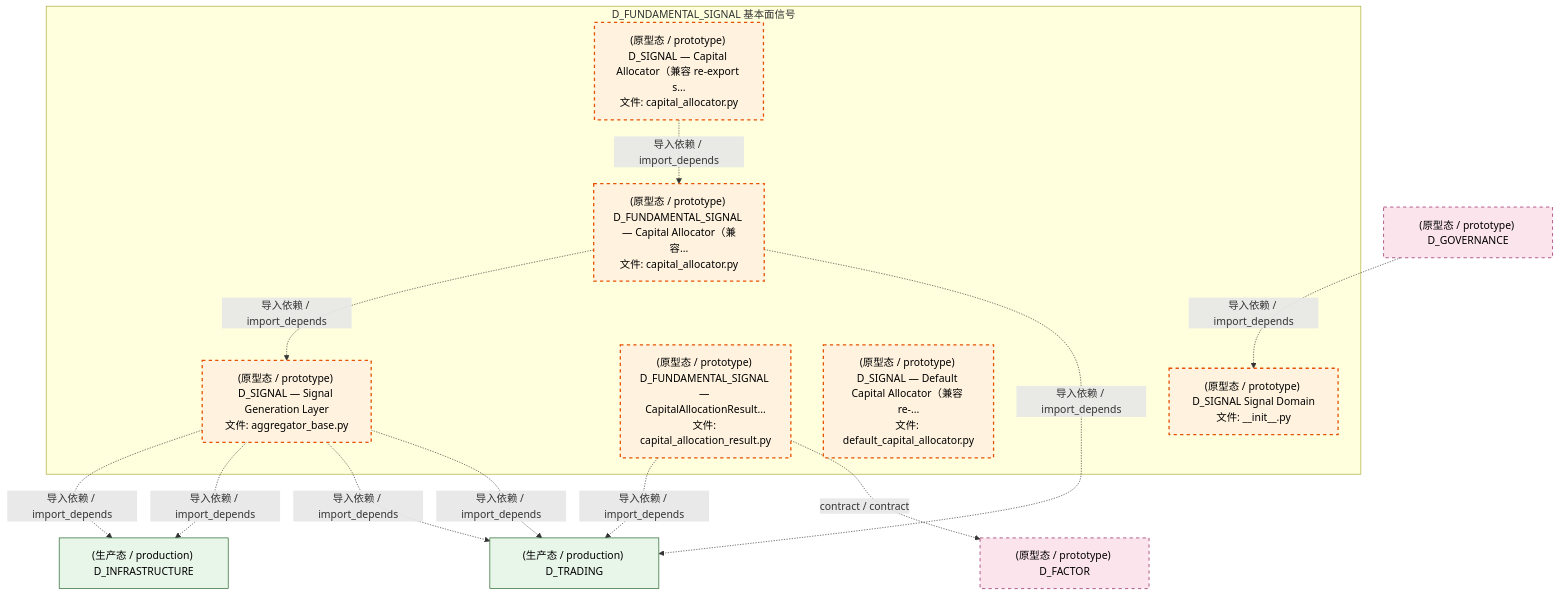
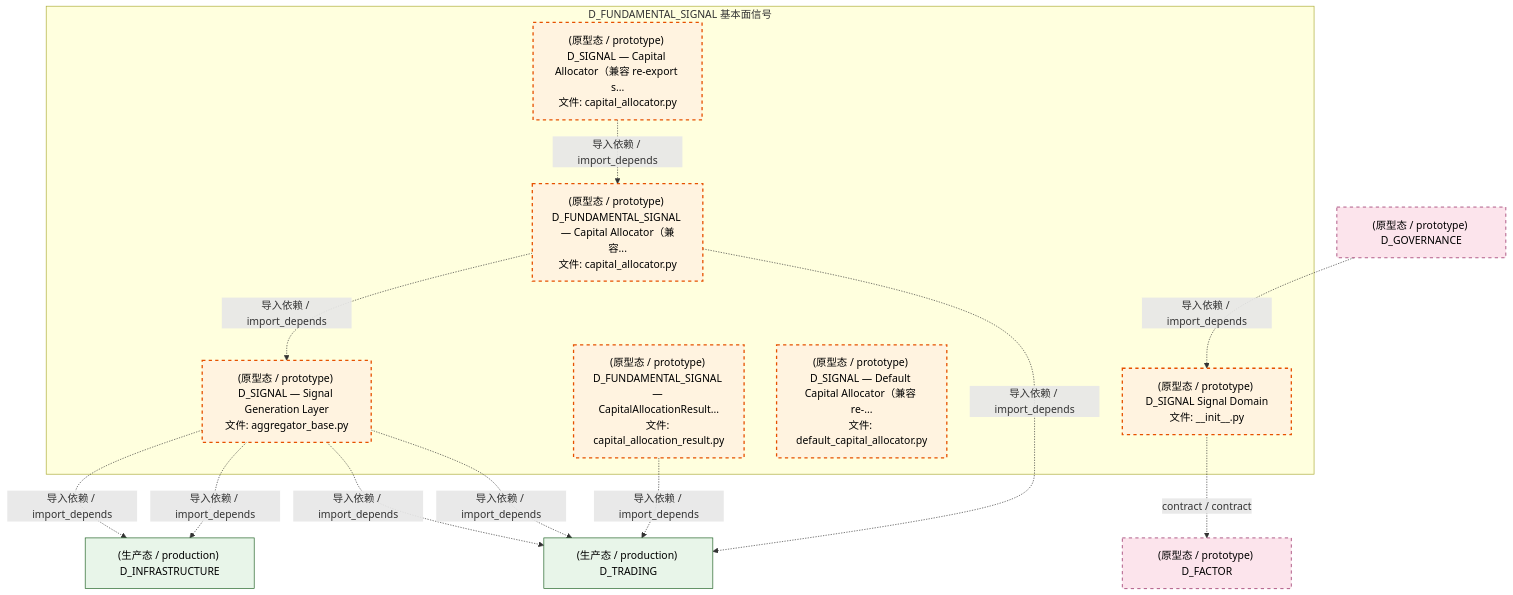
Before and after one commit to xuanFelixVan/ZephyrAlpha: the third of 4 diagrams in docs/02_enterprise_architecture/02_domain_architecture_docs/37_d_fundamental_signal.md, drawn with Mermaid. The commit also changed other lines of this file and 99 other files, not shown here.

````diff
--- a/docs/02_enterprise_architecture/02_domain_architecture_docs/37_d_fundamental_signal.md
+++ b/docs/02_enterprise_architecture/02_domain_architecture_docs/37_d_fundamental_signal.md
@@ -171,32 +171,32 @@
 ```mermaid
 graph TD
     subgraph D_FUNDAMENTAL_SIGNAL["D_FUNDAMENTAL_SIGNAL 基本面信号"]
         src_zephyr_signal_fundamental_init_py["(原型态 / prototype) D_SIGNAL Signal Domain<br/>文件: __init__.py"]
         src_zephyr_signal_fundamental_capital_capital_allocation_result_py["(原型态 / prototype) D_FUNDAMENTAL_SIGNAL — CapitalAllocationResult...<br/>文件: capital_allocation_result.py"]
         src_zephyr_signal_fundamental_capital_capital_allocator_py["(原型态 / prototype) D_SIGNAL — Capital Allocator（兼容 re-export s...<br/>文件: capital_allocator.py"]
         src_zephyr_signal_fundamental_capital_default_capital_allocator_py["(原型态 / prototype) D_SIGNAL — Default Capital Allocator（兼容 re-...<br/>文件: default_capital_allocator.py"]
         src_zephyr_signal_fundamental_gen_aggregator_base_py["(原型态 / prototype) D_SIGNAL — Signal Generation Layer<br/>文件: aggregator_base.py"]
         src_zephyr_signal_fundamental_strategy_capital_allocator_py["(原型态 / prototype) D_FUNDAMENTAL_SIGNAL — Capital Allocator（兼容...<br/>文件: capital_allocator.py"]
     end
     src_zephyr_signal_fundamental_capital_capital_allocator_py -.->|导入依赖 / import_depends| src_zephyr_signal_fundamental_strategy_capital_allocator_py
     src_zephyr_signal_fundamental_strategy_capital_allocator_py -.->|导入依赖 / import_depends| src_zephyr_signal_fundamental_gen_aggregator_base_py
+    D_FACTOR["(原型态 / prototype) D_FACTOR"]
+    src_zephyr_signal_fundamental_init_py -.->|contract / contract| D_FACTOR
     D_TRADING["(生产态 / production) D_TRADING"]
     src_zephyr_signal_fundamental_capital_capital_allocation_result_py -.->|导入依赖 / import_depends| D_TRADING
-    D_FACTOR["(原型态 / prototype) D_FACTOR"]
-    src_zephyr_signal_fundamental_capital_capital_allocation_result_py -.->|contract / contract| D_FACTOR
     D_INFRASTRUCTURE["(生产态 / production) D_INFRASTRUCTURE"]
     src_zephyr_signal_fundamental_gen_aggregator_base_py -.->|导入依赖 / import_depends| D_INFRASTRUCTURE
     src_zephyr_signal_fundamental_gen_aggregator_base_py -.->|导入依赖 / import_depends| D_INFRASTRUCTURE
     src_zephyr_signal_fundamental_gen_aggregator_base_py -.->|导入依赖 / import_depends| D_TRADING
     src_zephyr_signal_fundamental_gen_aggregator_base_py -.->|导入依赖 / import_depends| D_TRADING
     src_zephyr_signal_fundamental_strategy_capital_allocator_py -.->|导入依赖 / import_depends| D_TRADING
     D_GOVERNANCE["(原型态 / prototype) D_GOVERNANCE"]
     D_GOVERNANCE -.->|导入依赖 / import_depends| src_zephyr_signal_fundamental_init_py
     classDef production fill:#e1f5fe,stroke:#01579b,stroke-width:2px,color:#000
     classDef design fill:#fff3e0,stroke:#e65100,stroke-width:2px,color:#000,stroke-dasharray: 5 5
     classDef external_prod fill:#e8f5e9,stroke:#1b5e20,stroke-width:1px,color:#000
     classDef external_design fill:#fce4ec,stroke:#880e4f,stroke-width:1px,color:#000,stroke-dasharray: 5 5
     class src_zephyr_signal_fundamental_init_py,src_zephyr_signal_fundamental_capital_capital_allocation_result_py,src_zephyr_signal_fundamental_capital_capital_allocator_py,src_zephyr_signal_fundamental_capital_default_capital_allocator_py,src_zephyr_signal_fundamental_gen_aggregator_base_py,src_zephyr_signal_fundamental_strategy_capital_allocator_py design
     class D_TRADING,D_INFRASTRUCTURE external_prod
     class D_FACTOR,D_GOVERNANCE external_design
 ```
````
